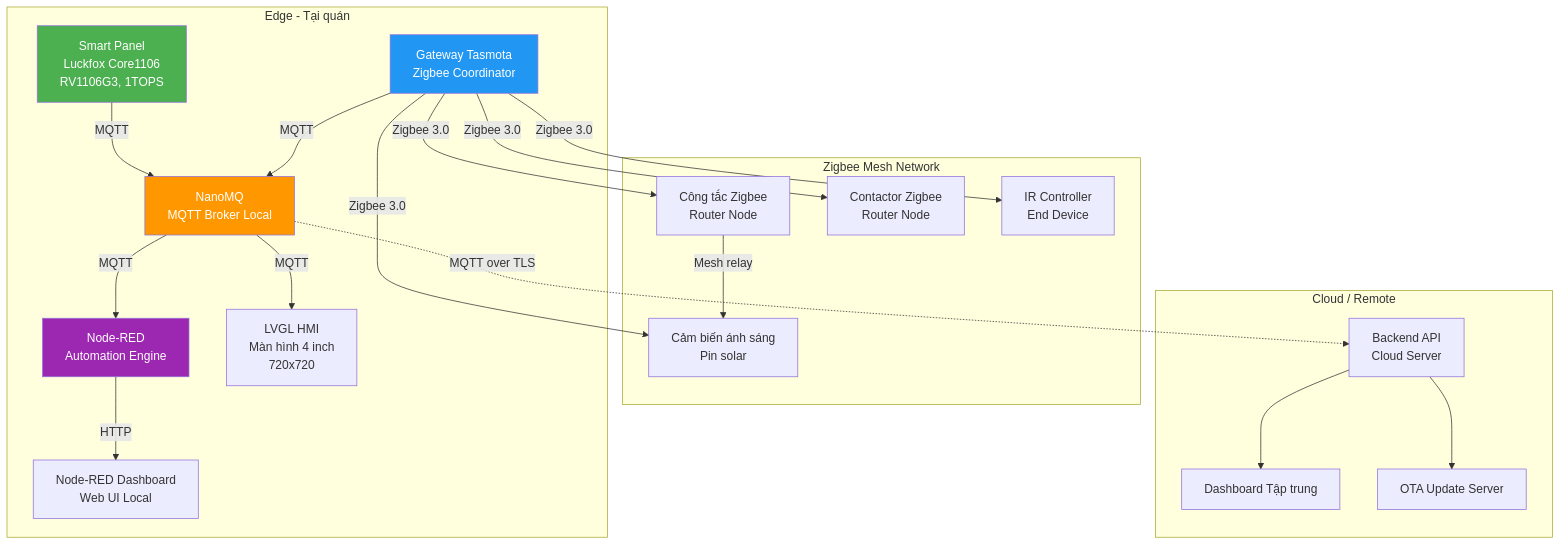
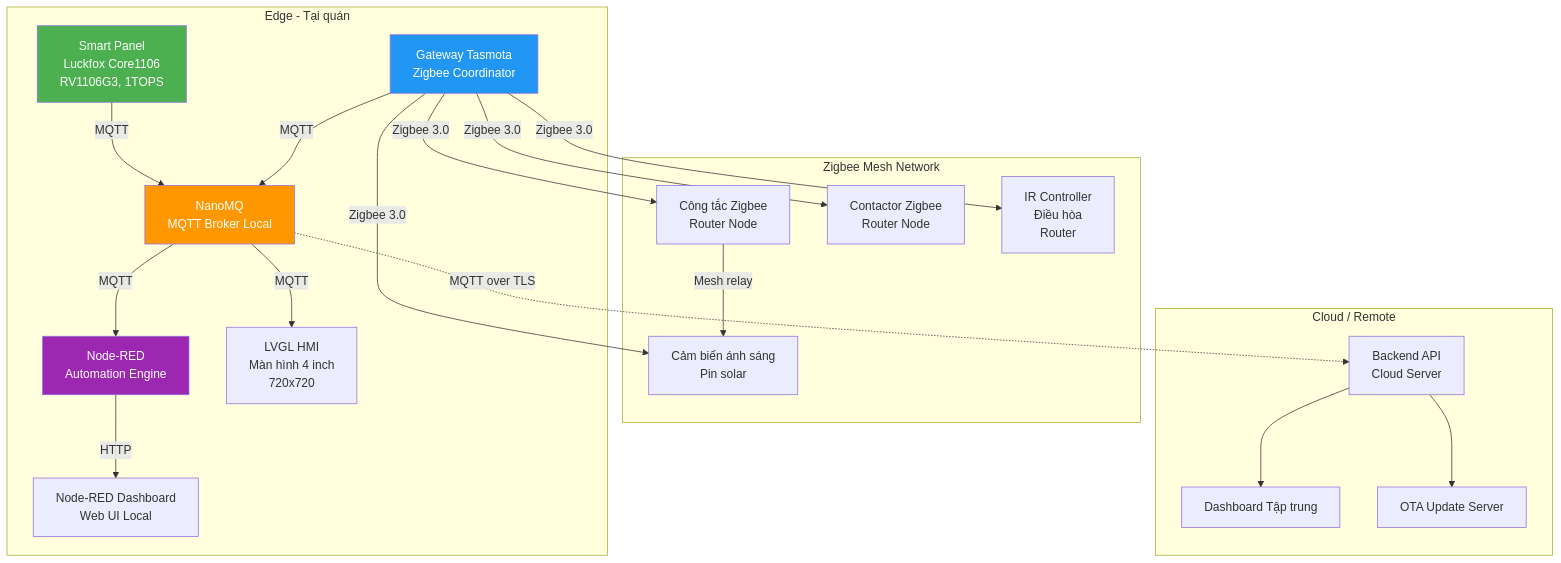
Before and after one commit to huongvn/HLCFEOS: the first of 8 diagrams in slides/02-techstack.md, drawn with Mermaid. The commit also changed other lines of this file and 1 other file, not shown here.

First line of the commit message:
fix(slide-02,05): correct Zigbee mesh topology and device roles

````diff
--- a/slides/02-techstack.md
+++ b/slides/02-techstack.md
@@ -11,29 +11,29 @@
 ```mermaid
 graph TB
     subgraph "Edge - Tại quán"
         A[Smart Panel<br/>Luckfox Core1106<br/>RV1106G3, 1TOPS] -->|MQTT| B[NanoMQ<br/>MQTT Broker Local]
         C[Gateway Tasmota<br/>Zigbee Coordinator] -->|MQTT| B
         B -->|MQTT| D[Node-RED<br/>Automation Engine]
         B -->|MQTT| E[LVGL HMI<br/>Màn hình 4 inch<br/>720x720]
         D -->|HTTP| F[Node-RED Dashboard<br/>Web UI Local]
     end
     
     subgraph "Zigbee Mesh Network"
         C -->|Zigbee 3.0| G[Cảm biến ánh sáng<br/>Pin solar]
         C -->|Zigbee 3.0| H[Công tắc Zigbee<br/>Router Node]
         C -->|Zigbee 3.0| I[Contactor Zigbee<br/>Router Node]
-        C -->|Zigbee 3.0| J[IR Controller<br/>End Device]
+        C -->|Zigbee 3.0| J[IR Controller<br/>Điều hòa<br/>Router]
         H -->|Mesh relay| G
     end
     
     subgraph "Cloud / Remote"
         B -.->|MQTT over TLS| K[Backend API<br/>Cloud Server]
         K --> L[Dashboard Tập trung]
         K --> M[OTA Update Server]
     end
     
     style A fill:#4CAF50,color:#fff
     style C fill:#2196F3,color:#fff
     style B fill:#FF9800,color:#fff
     style D fill:#9C27B0,color:#fff
 ```
````
